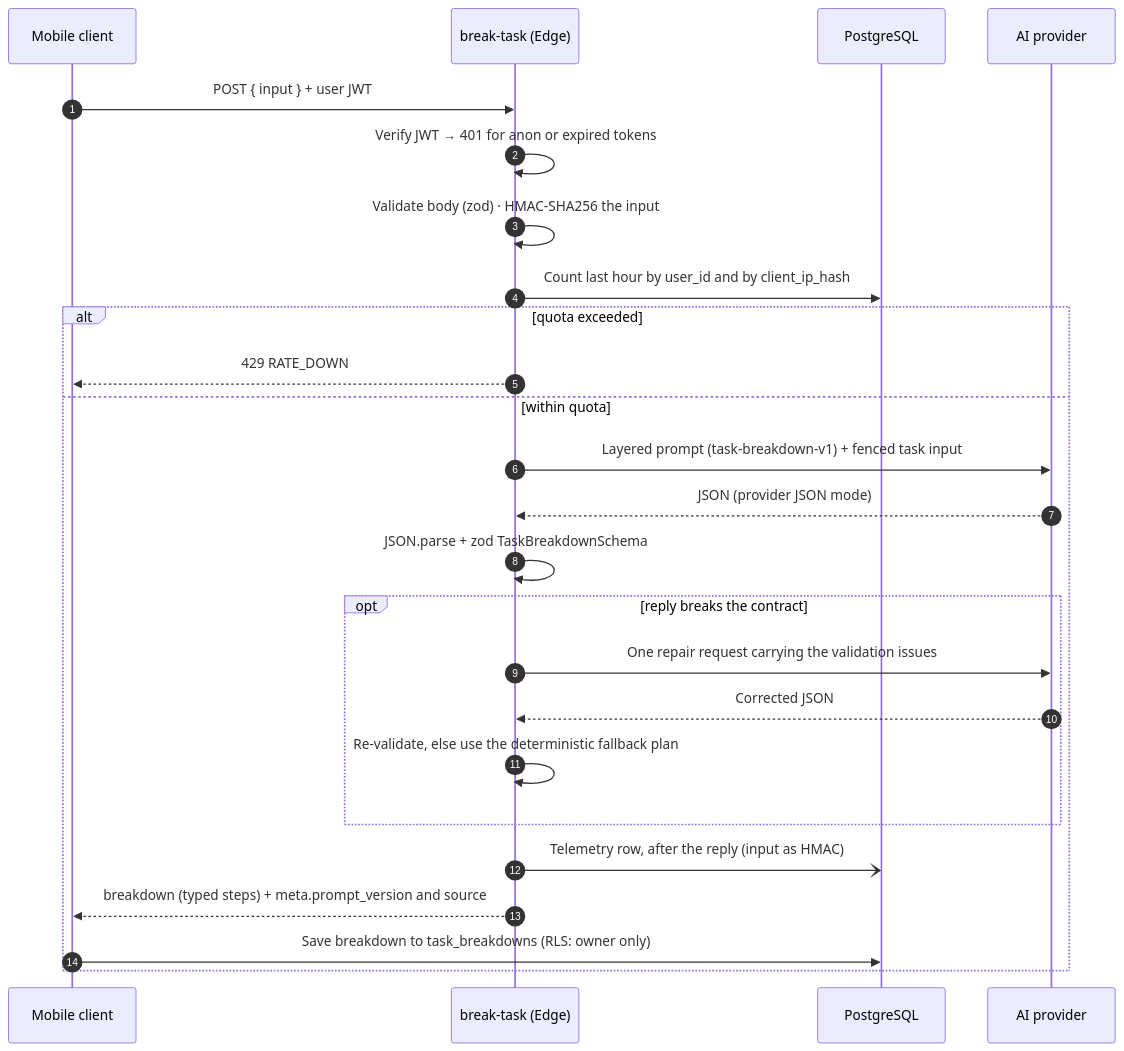
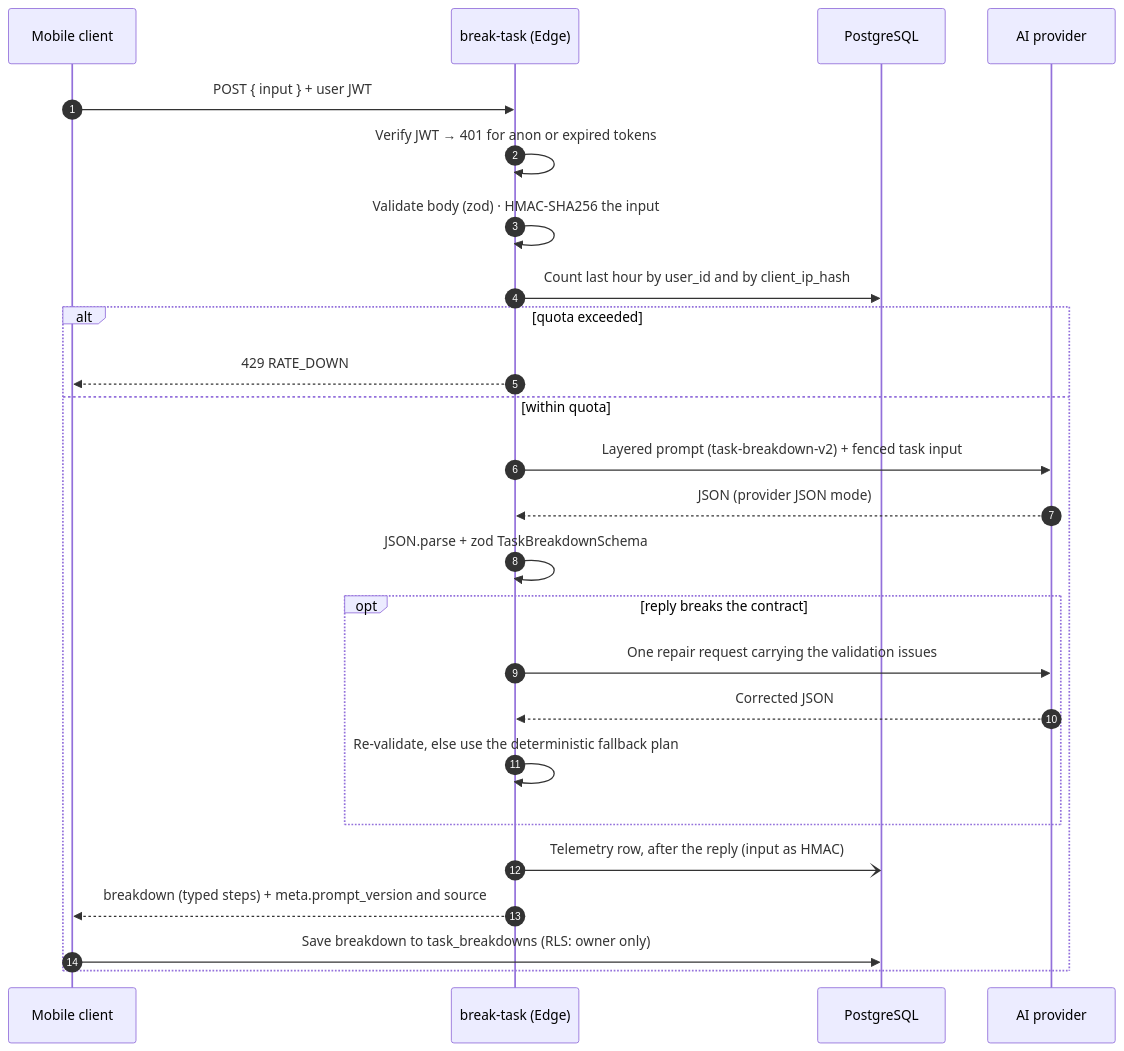
Before and after one commit to ahmetHakanSenel/Minito: the second of 3 diagrams in README.md, drawn with Mermaid. The commit also changed other lines of this file and 7 other files, not shown here.

First line of the commit message:
feat(ai): make an easy first step part of the contract (task-breakdown-v2)

````diff
--- a/README.md
+++ b/README.md
@@ -64,28 +65,28 @@
 ```mermaid
 sequenceDiagram
   autonumber
   participant App as Mobile client
   participant EF as break-task (Edge)
   participant DB as PostgreSQL
   participant LLM as AI provider
 
   App->>EF: POST { input } + user JWT
   EF->>EF: Verify JWT → 401 for anon or expired tokens
   EF->>EF: Validate body (zod) · HMAC-SHA256 the input
   EF->>DB: Count last hour by user_id and by client_ip_hash
   alt quota exceeded
     EF-->>App: 429 RATE_DOWN
   else within quota
-    EF->>LLM: Layered prompt (task-breakdown-v1) + fenced task input
+    EF->>LLM: Layered prompt (task-breakdown-v2) + fenced task input
     LLM-->>EF: JSON (provider JSON mode)
     EF->>EF: JSON.parse + zod TaskBreakdownSchema
     opt reply breaks the contract
       EF->>LLM: One repair request carrying the validation issues
       LLM-->>EF: Corrected JSON
       EF->>EF: Re-validate, else use the deterministic fallback plan
     end
     EF-)DB: Telemetry row, after the reply (input as HMAC)
     EF-->>App: breakdown (typed steps) + meta.prompt_version and source
     App->>DB: Save breakdown to task_breakdowns (RLS: owner only)
   end
 ```
````
